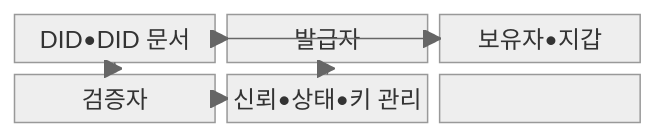
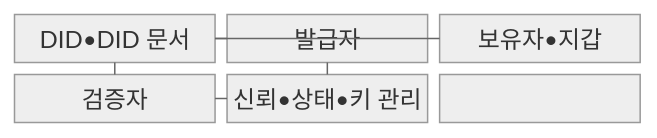
Before and after one commit to agnusdei1207/knowledge-base: the first of 2 diagrams in src/content/docs/notes/05-security/066_did_ssi.md, drawn with Mermaid (neutral theme). The commit also changed other lines of this file and 493 other files, not shown here.

````diff
--- a/src/content/docs/notes/05-security/066_did_ssi.md
+++ b/src/content/docs/notes/05-security/066_did_ssi.md
@@ -63,15 +63,15 @@
 ```mermaid
 block-beta
   columns 3
   A["DID•DID 문서"]
   B["발급자"]
   C["보유자•지갑"]
   D["검증자"]
   E["신뢰•상태•키 관리"]
-  B --> C --> D
-  A --> B
-  A --> C
-  A --> D
-  E --> B
-  E --> D
+  B --- C --- D
+  A --- B
+  A --- C
+  A --- D
+  E --- B
+  E --- D
 ```
````
